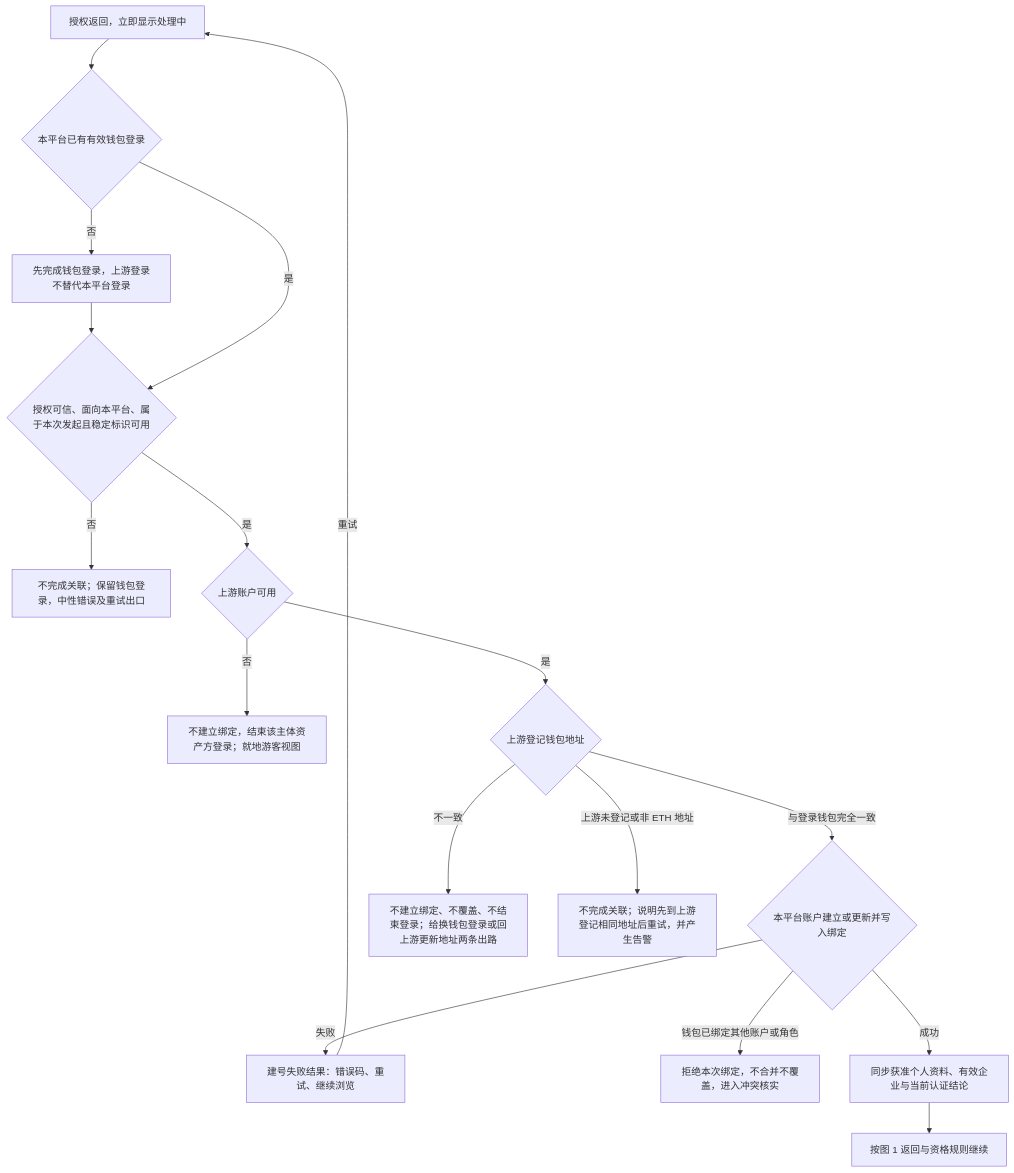
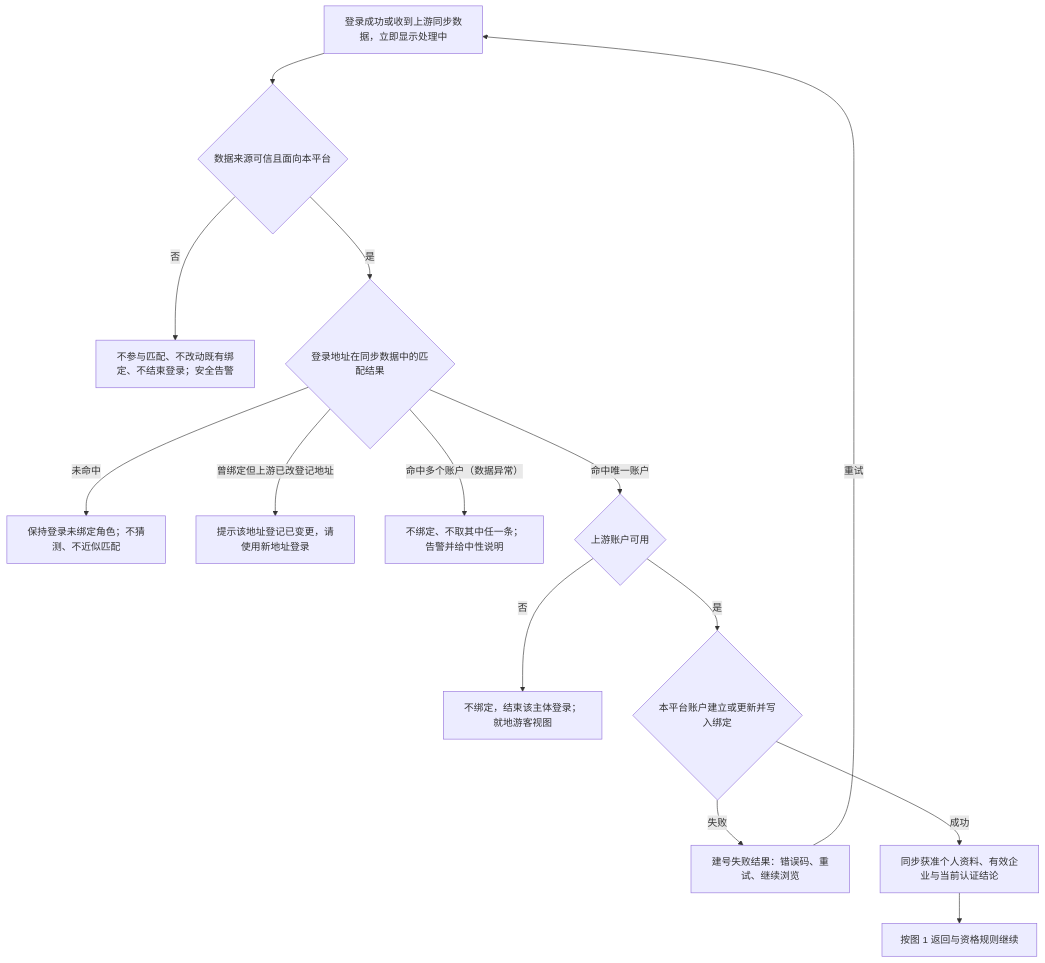
Before and after one commit to wxblockchain/Chain-Financing: the second of 7 diagrams in lending-platform/PRD/v2.0-登录与账户体系/02-登录主干与资产方SSO接入-流程图与状态机.md, drawn with Mermaid. The commit also changed other lines of this file and 5 other files, not shown here.

````diff
--- a/lending-platform/PRD/v2.0-登录与账户体系/02-登录主干与资产方SSO接入-流程图与状态机.md
+++ b/lending-platform/PRD/v2.0-登录与账户体系/02-登录主干与资产方SSO接入-流程图与状态机.md
@@ -45,19 +40,16 @@
 ```mermaid
 flowchart TD
-    START["授权返回，立即显示处理中"] --> LOGIN{"本平台已有有效钱包登录"}
-    LOGIN -->|否| SIGNIN["先完成钱包登录，上游登录不替代本平台登录"]
-    SIGNIN --> AUTH
-    LOGIN -->|是| AUTH{"授权可信、面向本平台、属于本次发起且稳定标识可用"}
-    AUTH -->|否| FAIL["不完成关联；保留钱包登录，中性错误及重试出口"]
-    AUTH -->|是| ACTIVE{"上游账户可用"}
-    ACTIVE -->|否| BLOCK["不建立绑定，结束该主体资产方登录；就地游客视图"]
-    ACTIVE -->|是| MATCH{"上游登记钱包地址"}
-    MATCH -->|与登录钱包完全一致| BIND
-    MATCH -->|不一致| CONFLICT["不建立绑定、不覆盖、不结束登录；给换钱包登录或回上游更新地址两条出路"]
-    MATCH -->|上游未登记或非 ETH 地址| MISSING["不完成关联；说明先到上游登记相同地址后重试，并产生告警"]
-    BIND{"本平台账户建立或更新并写入绑定"} -->|失败| ERROR["建号失败结果：错误码、重试、继续浏览"]
-    BIND -->|钱包已绑定其他账户或角色| REJECT["拒绝本次绑定，不合并不覆盖，进入冲突核实"]
+    START["登录成功或收到上游同步数据，立即显示处理中"] --> SRC{"数据来源可信且面向本平台"}
+    SRC -->|否| ALERT["不参与匹配、不改动既有绑定、不结束登录；安全告警"]
+    SRC -->|是| MATCH{"登录地址在同步数据中的匹配结果"}
+    MATCH -->|未命中| NONE["保持登录未绑定角色；不猜测、不近似匹配"]
+    MATCH -->|曾绑定但上游已改登记地址| OLD["提示该地址登记已变更，请使用新地址登录"]
+    MATCH -->|命中多个账户（数据异常）| CONFLICT["不绑定、不取其中任一条；告警并给中性说明"]
+    MATCH -->|命中唯一账户| ACTIVE{"上游账户可用"}
+    ACTIVE -->|否| BLOCK["不绑定，结束该主体登录；就地游客视图"]
+    ACTIVE -->|是| BIND{"本平台账户建立或更新并写入绑定"}
+    BIND -->|失败| ERROR["建号失败结果：错误码、重试、继续浏览"]
     BIND -->|成功| SYNC["同步获准个人资料、有效企业与当前认证结论"]
     SYNC --> LAND["按图 1 返回与资格规则继续"]
     ERROR -->|重试| START
 ```
````
